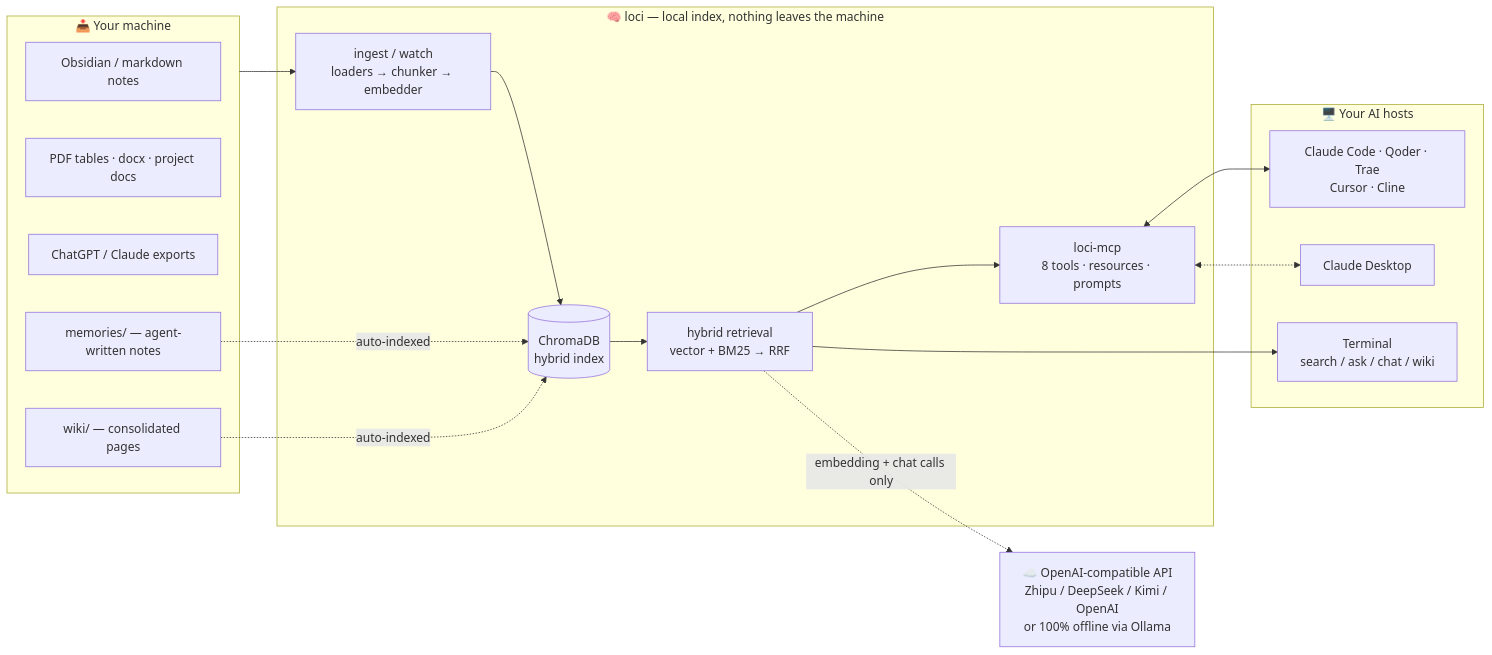
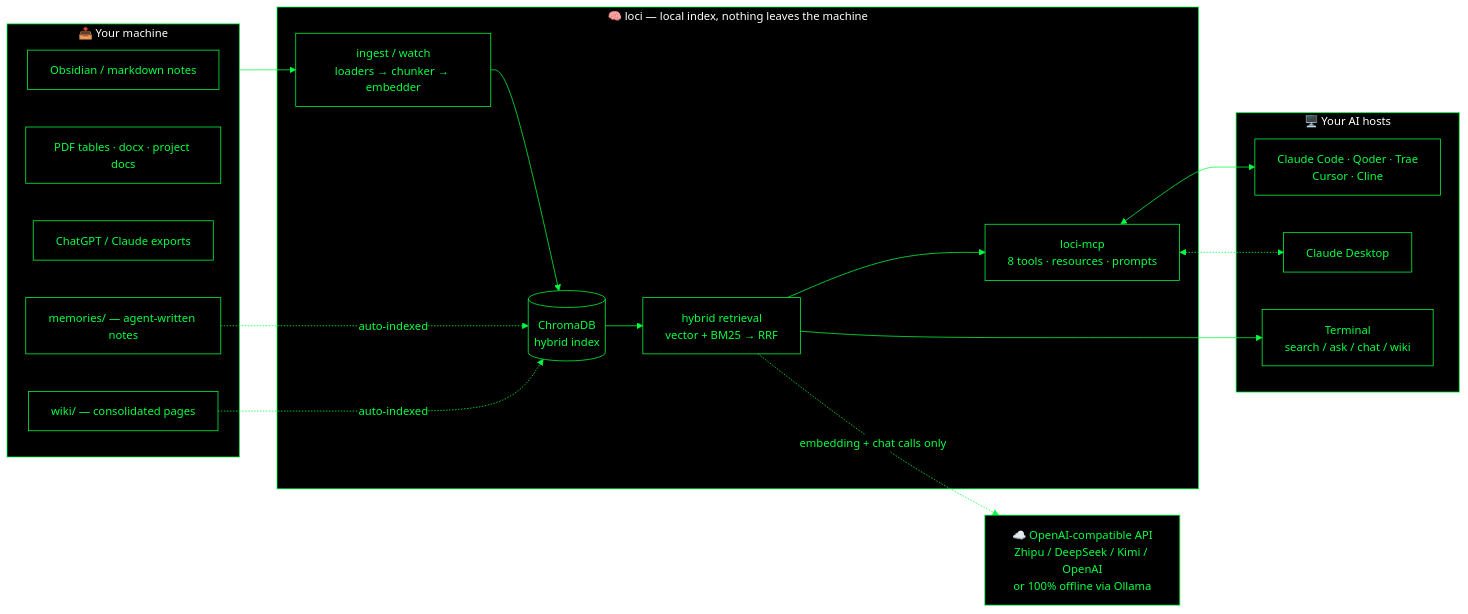
One commit to IvenKooLab/loci changed the first of 3 diagrams in README.md. Above: the diagram before and after it, drawn with Mermaid. The commit also changed other lines of this file, not shown here.

Commit message:
docs: dark matrix theme (black + neon green) for all mermaid diagrams

````diff
--- a/README.md
+++ b/README.md
@@ -112,35 +112,36 @@
 ```mermaid
+%%{init: {'theme':'base','themeVariables':{'background':'#000000','primaryColor':'#000000','primaryTextColor':'#00FF41','primaryBorderColor':'#00FF41','lineColor':'#00FF41','secondaryColor':'#001a00','tertiaryColor':'#000000','clusterBkg':'#000000','clusterBorder':'#00FF41','edgeLabelBackground':'#000000','fontSize':'15px','fontFamily':'Consolas, monospace'},'themeCSS':'.nodeLabel { color: #00FF41 !important; } .edgeLabel { background: #000 !important; color: #00FF41 !important; } .cluster-label { color: #00FF41 !important; }'}}%%
 flowchart LR
     subgraph sources["📥 Your machine"]
         notes["Obsidian / markdown notes"]
         docs["PDF tables · docx · project docs"]
         chats["ChatGPT / Claude exports"]
         mem["memories/ — agent-written notes"]
         wikidir["wiki/ — consolidated pages"]
     end
 
     subgraph loci["🧠 loci — local index, nothing leaves the machine"]
         ingest["ingest / watch<br>loaders → chunker → embedder"]
         store[("ChromaDB<br>hybrid index")]
         retrieve["hybrid retrieval<br>vector + BM25 → RRF"]
         mcp["loci-mcp<br>8 tools · resources · prompts"]
     end
 
     subgraph hosts["🖥️ Your AI hosts"]
         ide["Claude Code · Qoder · Trae<br>Cursor · Cline"]
         desktop["Claude Desktop"]
         term["Terminal<br>search / ask / chat / wiki"]
     end
 
     api["☁️ OpenAI-compatible API<br>Zhipu / DeepSeek / Kimi / OpenAI<br>or 100% offline via Ollama"]
 
     sources --> ingest --> store
     mem -. auto-indexed .-> store
     wikidir -. auto-indexed .-> store
     store --> retrieve
     retrieve --> term
     retrieve --> mcp
     mcp <--> ide
     mcp <-.-> desktop
     retrieve -. "embedding + chat calls only" .-> api
 ```
````
